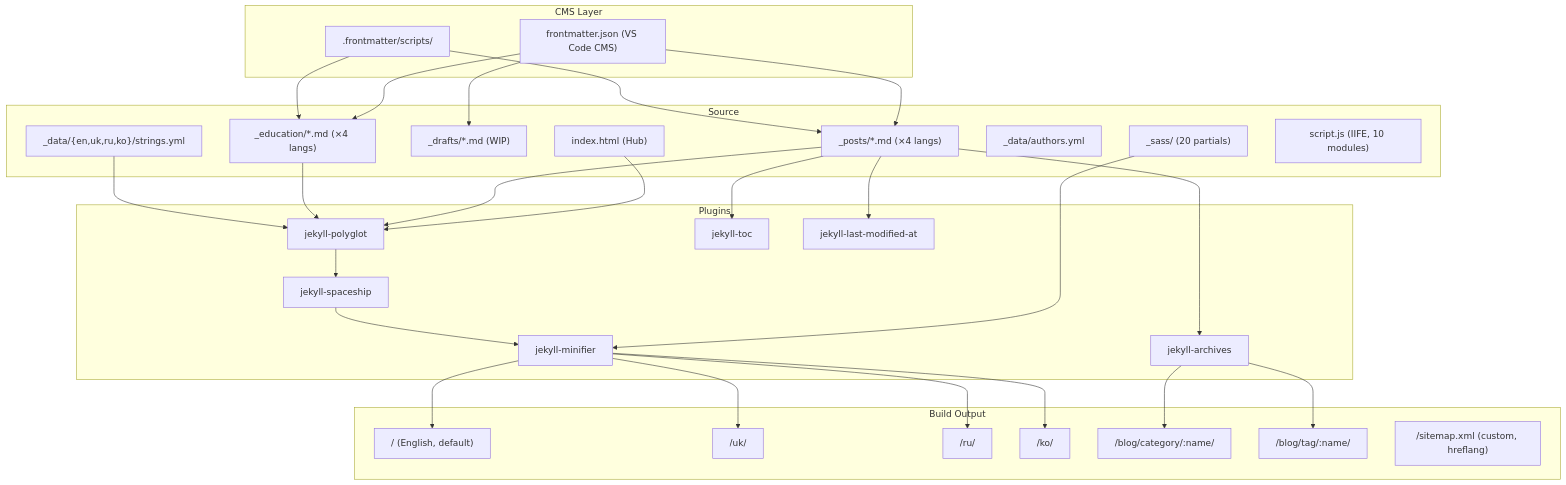
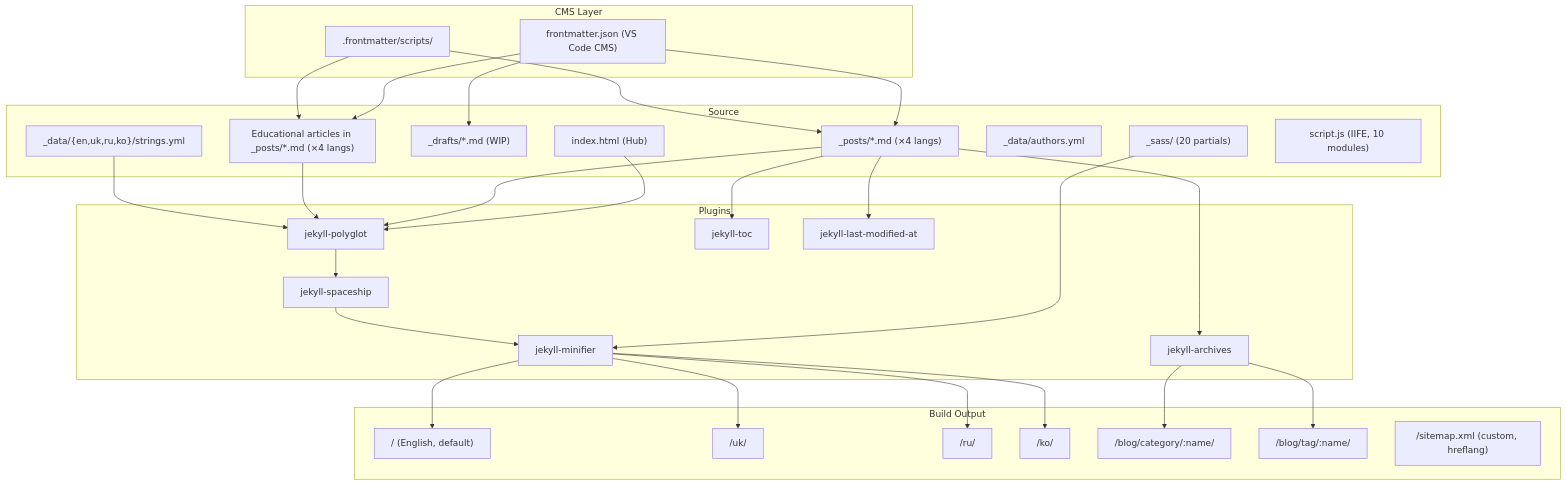
The diagram in project_context.md (Figarist/figarist.github.io), drawn with Mermaid before and after one commit. The commit also changed other lines of this file and 38 other files, not shown here.

````diff
--- a/project_context.md
+++ b/project_context.md
@@ -13,47 +13,47 @@
 ```mermaid
 graph TD
     subgraph CMS Layer
         FM["frontmatter.json (VS Code CMS)"]
         Scripts[".frontmatter/scripts/"]
     end
 
     subgraph Source
         H["index.html (Hub)"]
         P["_posts/*.md (×4 langs)"]
         Drafts["_drafts/*.md (WIP)"]
-        E["_education/*.md (×4 langs)"]
+        E["Educational articles in _posts/*.md (×4 langs)"]
         D["_data/{en,uk,ru,ko}/strings.yml"]
         Authors["_data/authors.yml"]
         S["_sass/ (20 partials)"]
         JS["script.js (IIFE, 10 modules)"]
     end
 
     subgraph Plugins
         Poly[jekyll-polyglot]
         Space[jekyll-spaceship]
         TOC[jekyll-toc]
         Archives[jekyll-archives]
         LMA[jekyll-last-modified-at]
         Min[jekyll-minifier]
     end
 
     subgraph Build Output
         DirEN["/ (English, default)"]
         DirUK["/uk/"]
         DirRU["/ru/"]
         DirKO["/ko/"]
         CatPages["/blog/category/:name/"]
         TagPages["/blog/tag/:name/"]
         Sitemap["/sitemap.xml (custom, hreflang)"]
     end
 
     FM --> P & E & Drafts
     Scripts --> P & E
     H & P & E & D --> Poly
     S --> Min
     P --> TOC & Archives & LMA
     Poly --> Space
     Space --> Min
     Min --> DirEN & DirUK & DirRU & DirKO
     Archives --> CatPages & TagPages
 ```
````
